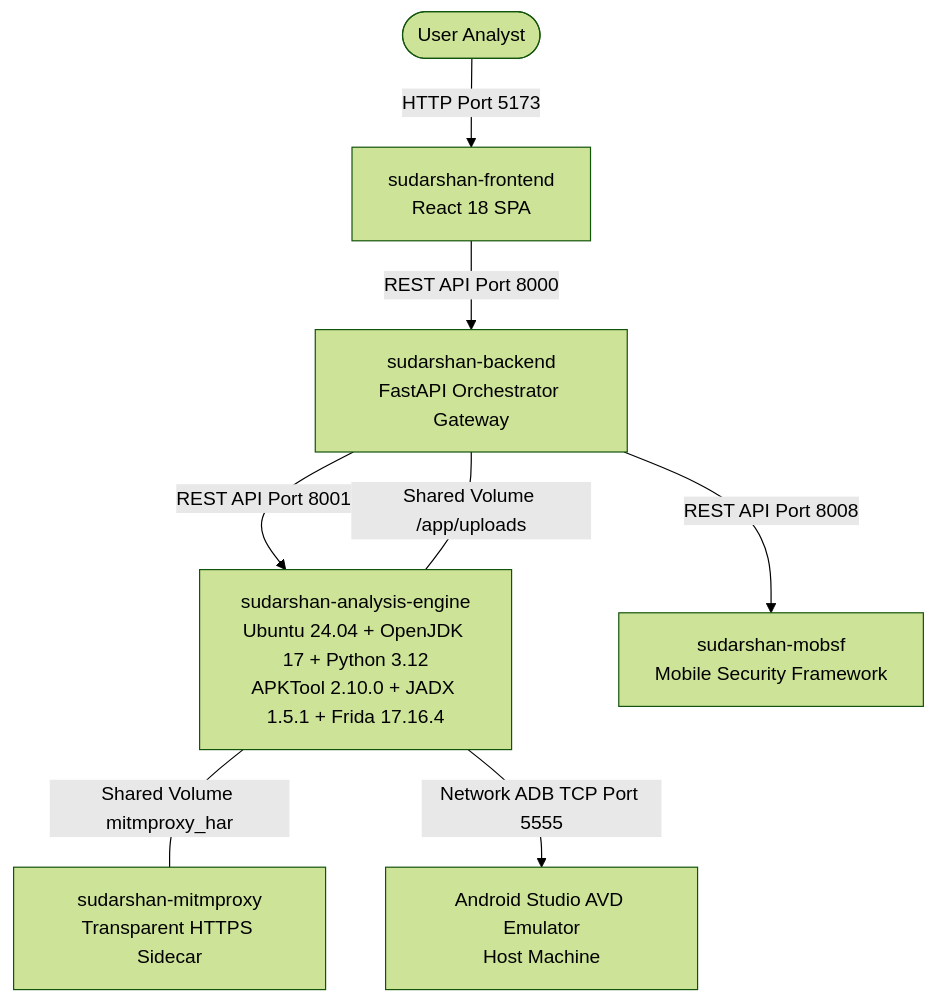
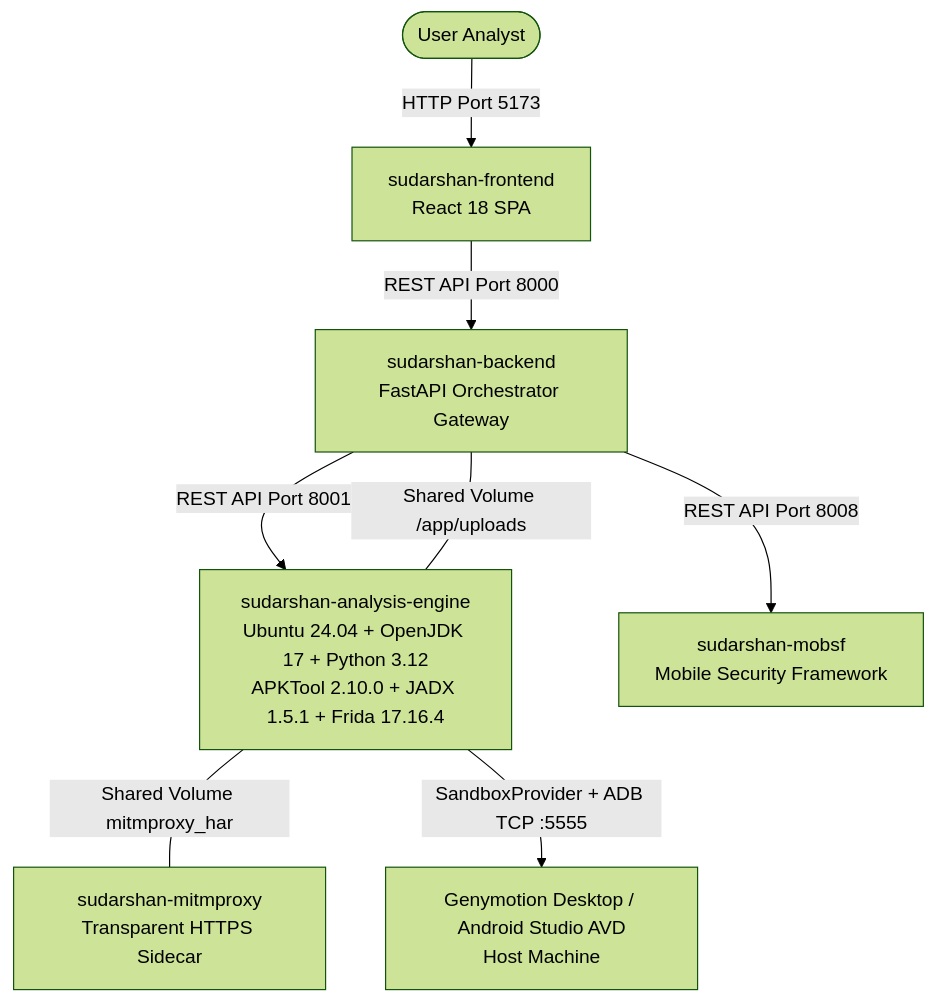
Before and after one commit to SanTiwari07/Sudarshan: the diagram in docs/MIGRATION.md, drawn with Mermaid (forest theme). The commit also changed other lines of this file and 27 other files, not shown here.

Commit message:
feat: migrate dynamic analysis from Android Studio AVD to Genymotion

````diff
--- a/docs/MIGRATION.md
+++ b/docs/MIGRATION.md
@@ -7,11 +7,11 @@
 ```mermaid
 graph TD
     User([User Analyst]) -->|HTTP Port 5173| Frontend[sudarshan-frontend<br/>React 18 SPA]
     Frontend -->|REST API Port 8000| Backend[sudarshan-backend<br/>FastAPI Orchestrator Gateway]
     Backend -->|REST API Port 8001| Engine[sudarshan-analysis-engine<br/>Ubuntu 24.04 + OpenJDK 17 + Python 3.12<br/>APKTool 2.10.0 + JADX 1.5.1 + Frida 17.16.4]
     Backend -->|REST API Port 8008| MobSF[sudarshan-mobsf<br/>Mobile Security Framework]
     Engine ---|Shared Volume mitmproxy_har| Mitmproxy[sudarshan-mitmproxy<br/>Transparent HTTPS Sidecar]
 
     Backend ---|Shared Volume /app/uploads| Engine
-    Engine -->|Network ADB TCP Port 5555| HostAVD[Android Studio AVD Emulator<br/>Host Machine]
+    Engine -->|SandboxProvider + ADB TCP :5555| HostSandbox[Genymotion Desktop / Android Studio AVD<br/>Host Machine]
 ```
````
